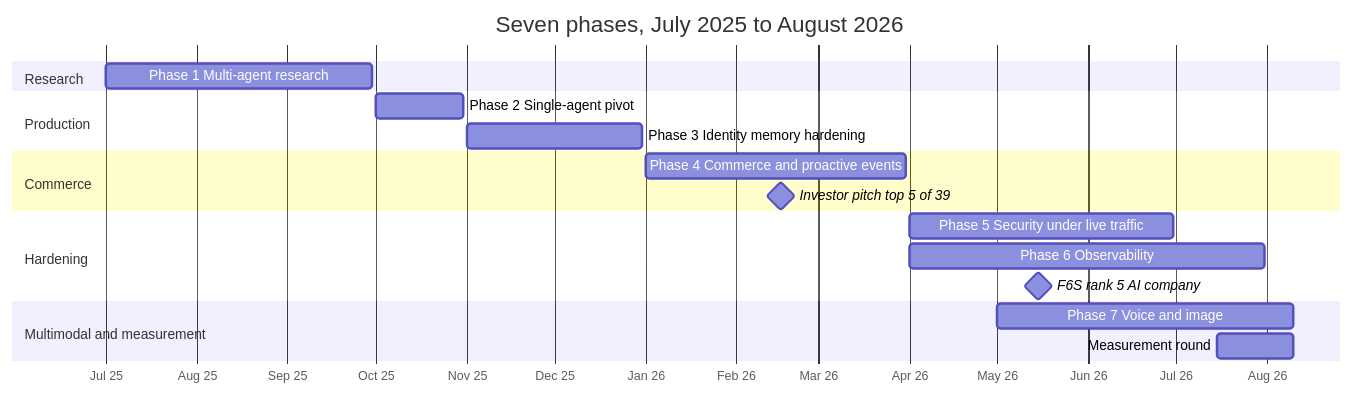
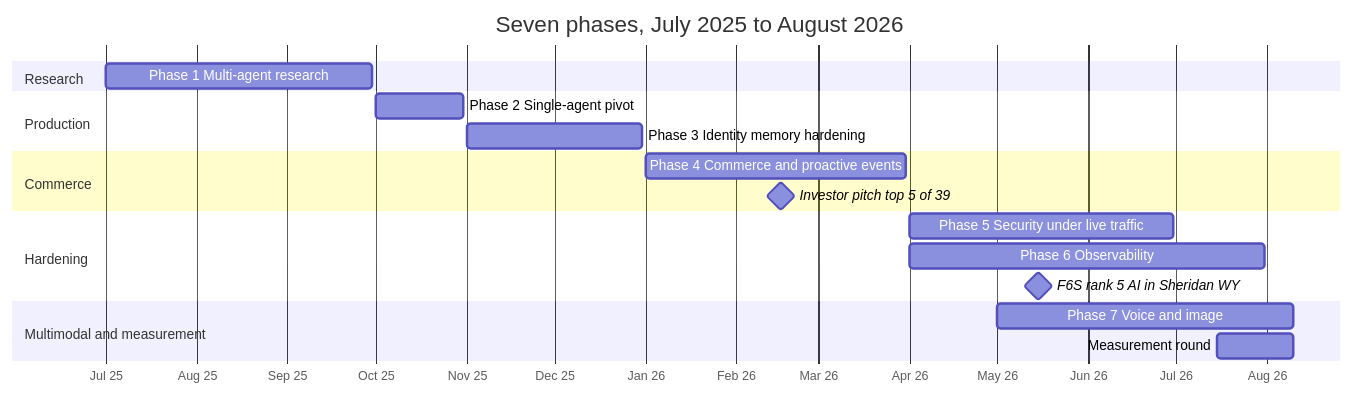
One commit to JoshPola96/enterprise-ai-agent-architecture-esim changed the first of 4 diagrams in docs/01-timeline.md. Above: the diagram before and after it, drawn with Mermaid. The commit also changed other lines of this file and 2 other files, not shown here.

````diff
--- a/docs/01-timeline.md
+++ b/docs/01-timeline.md
@@ -17,21 +17,21 @@
 ```mermaid
 gantt
     title Seven phases, July 2025 to August 2026
     dateFormat YYYY-MM-DD
     axisFormat %b %y
     section Research
     Phase 1 Multi-agent research          :p1, 2025-07-01, 2025-09-30
     section Production
     Phase 2 Single-agent pivot            :p2, 2025-10-01, 2025-10-31
     Phase 3 Identity memory hardening     :p3, 2025-11-01, 2025-12-31
     section Commerce
     Phase 4 Commerce and proactive events :p4, 2026-01-01, 2026-03-31
     Investor pitch top 5 of 39            :milestone, m1, 2026-02-16, 0d
     section Hardening
     Phase 5 Security under live traffic   :p5, 2026-04-01, 2026-06-30
     Phase 6 Observability                 :p6, 2026-04-01, 2026-07-31
-    F6S rank 5 AI company                 :milestone, m2, 2026-05-15, 0d
+    F6S rank 5 AI in Sheridan WY          :milestone, m2, 2026-05-15, 0d
     section Multimodal and measurement
     Phase 7 Voice and image               :p7, 2026-05-01, 2026-08-10
     Measurement round                     :p8, 2026-07-15, 2026-08-10
 ```
````
